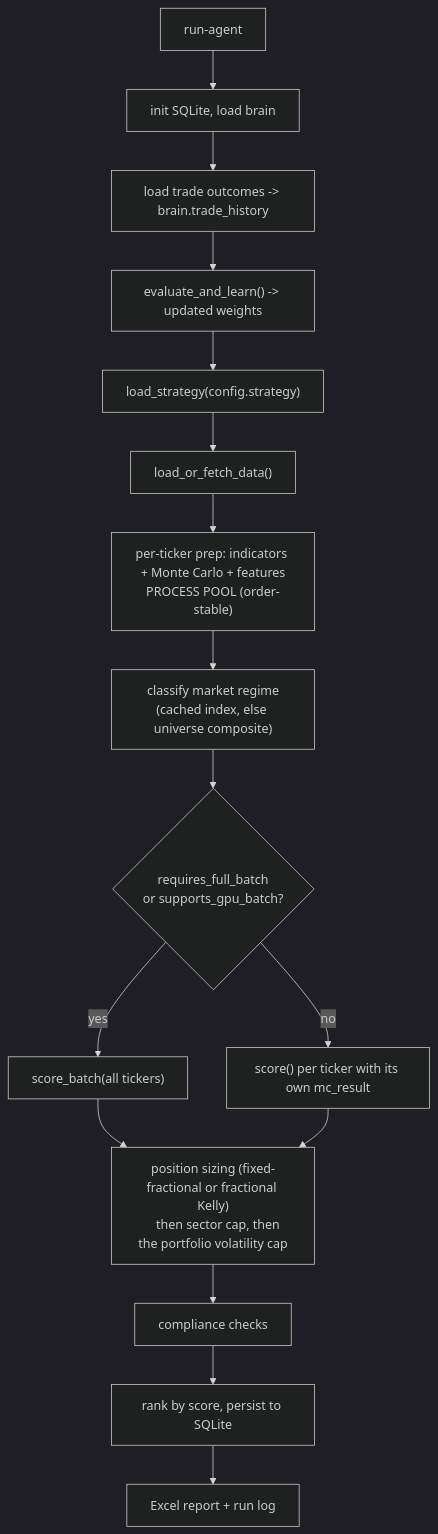
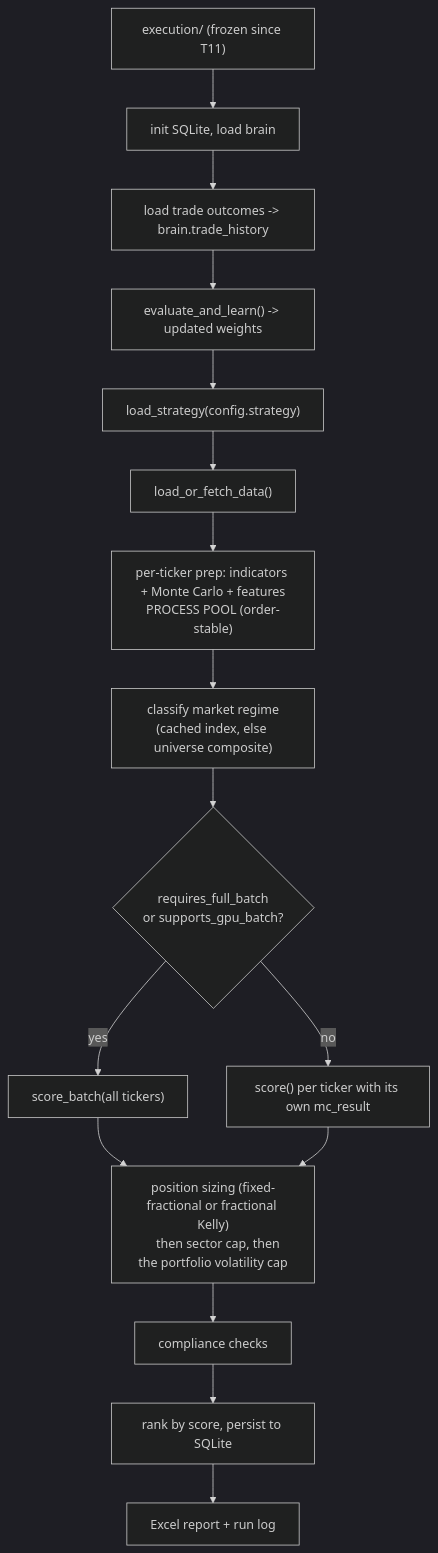
Before and after one commit to 3dwag98/afa: diagram 11 of 15 in docs/ARCHITECTURE.md, drawn with Mermaid (dark theme). The commit also changed other lines of this file and 2 other files, not shown here.

First line of the commit message:
Remove run-agent from the user-facing docs

````diff
--- a/docs/ARCHITECTURE.md
+++ b/docs/ARCHITECTURE.md
@@ -502,19 +502,19 @@
 ```mermaid
 flowchart TD
-    A["run-agent"] --> B["init SQLite, load brain"]
+    A["execution/ (frozen since T11)"] --> B["init SQLite, load brain"]
     B --> C["load trade outcomes -> brain.trade_history"]
     C --> D["evaluate_and_learn() -> updated weights"]
     D --> E["load_strategy(config.strategy)"]
     E --> F["load_or_fetch_data()"]
     F --> G["per-ticker prep: indicators + Monte Carlo + features<br/>PROCESS POOL (order-stable)"]
     G --> RG["classify market regime<br/>(cached index, else universe composite)"]
     RG --> H{"requires_full_batch<br/>or supports_gpu_batch?"}
     H -->|yes| I["score_batch(all tickers)"]
     H -->|no| J["score() per ticker with its own mc_result"]
     I --> K["position sizing (fixed-fractional or fractional Kelly)
     then sector cap, then the portfolio volatility cap"]
     J --> K
     K --> L["compliance checks"]
     L --> M["rank by score, persist to SQLite"]
     M --> N["Excel report + run log"]
 ```
````
